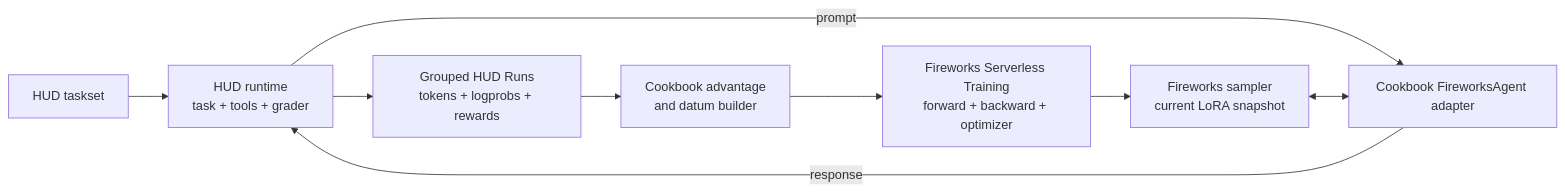
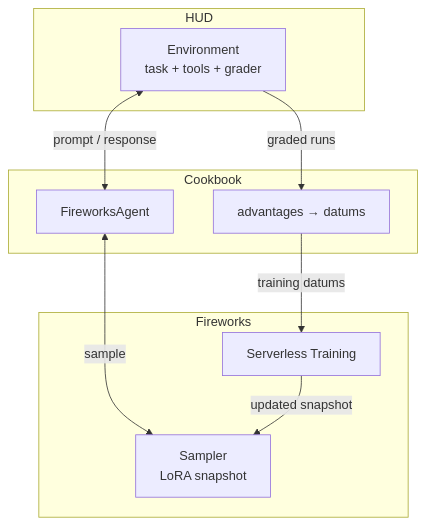
The diagram in docs/v6/cookbooks/fireworks-rl-training.mdx (hud-evals/hud-python), drawn with Mermaid before and after one commit.

Commit message:
docs(cookbooks): make the Fireworks architecture diagram legible

````diff
--- a/docs/v6/cookbooks/fireworks-rl-training.mdx
+++ b/docs/v6/cookbooks/fireworks-rl-training.mdx
@@ -24,11 +24,19 @@
 ```mermaid
-flowchart LR
-    taskset["HUD taskset"] --> env["HUD runtime<br/>task + tools + grader"]
-    env -- prompt --> agent["Cookbook FireworksAgent adapter"]
-    sampler["Fireworks sampler<br/>current LoRA snapshot"] <--> agent
-    agent -- response --> env
-    env --> run["Grouped HUD Runs<br/>tokens + logprobs + rewards"]
-    run --> batch["Cookbook advantage<br/>and datum builder"]
-    batch --> trainer["Fireworks Serverless Training<br/>forward + backward + optimizer"]
-    trainer --> sampler
+flowchart TD
+    subgraph hud [HUD]
+        env["Environment<br/>task + tools + grader"]
+    end
+    subgraph cookbook [Cookbook]
+        agent["FireworksAgent"]
+        batch["advantages → datums"]
+    end
+    subgraph fireworks [Fireworks]
+        sampler["Sampler<br/>LoRA snapshot"]
+        trainer["Serverless Training"]
+    end
+    env <-- "prompt / response" --> agent
+    agent <-- sample --> sampler
+    env -- "graded runs" --> batch
+    batch -- "training datums" --> trainer
+    trainer -- "updated snapshot" --> sampler
 ```
````
